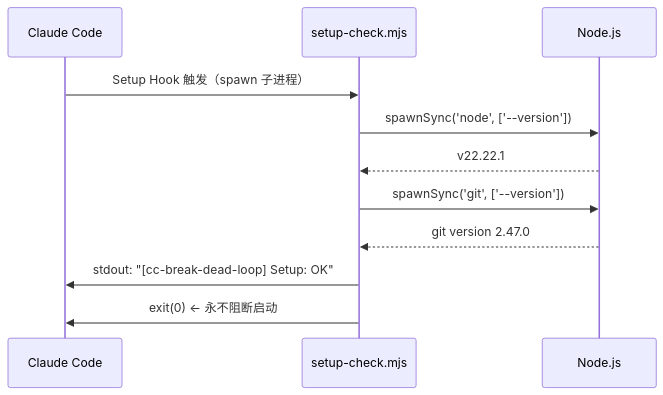
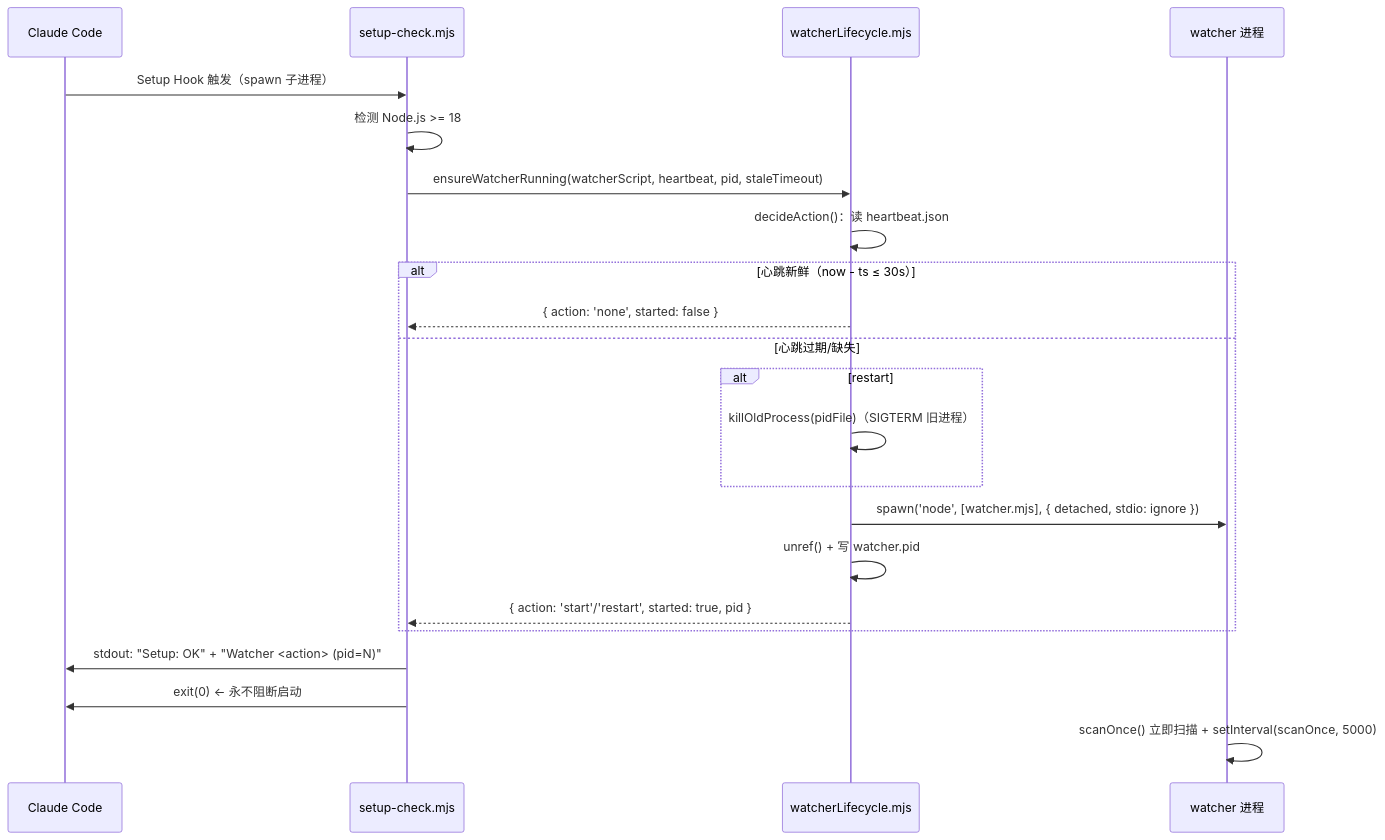
One commit to Lionad-Morotar/cc-break-dead-loop changed the first of 9 diagrams in docs/3. Workflow Overview.md. Above: the diagram before and after it, drawn with Mermaid. The commit also changed other lines of this file and 15 other files, not shown here.

````diff
--- a/docs/3. Workflow Overview.md
+++ b/docs/3. Workflow Overview.md
@@ -7,14 +9,25 @@
 ```mermaid
 sequenceDiagram
   participant CC as Claude Code
   participant SC as setup-check.mjs
-  participant Node as Node.js
+  participant WL as watcherLifecycle.mjs
+  participant W as watcher 进程
 
   CC->>SC: Setup Hook 触发（spawn 子进程）
-  SC->>Node: spawnSync('node', ['--version'])
-  Node-->>SC: v22.22.1
-  SC->>Node: spawnSync('git', ['--version'])
-  Node-->>SC: git version 2.47.0
-  SC->>CC: stdout: "[cc-break-dead-loop] Setup: OK"
+  SC->>SC: 检测 Node.js >= 18
+  SC->>WL: ensureWatcherRunning(watcherScript, heartbeat, pid, staleTimeout)
+  WL->>WL: decideAction()：读 heartbeat.json
+  alt 心跳新鲜（now - ts ≤ 30s）
+    WL-->>SC: { action: 'none', started: false }
+  else 心跳过期/缺失
+    alt restart
+      WL->>WL: killOldProcess(pidFile)（SIGTERM 旧进程）
+    end
+    WL->>W: spawn('node', [watcher.mjs], { detached, stdio: ignore })
+    WL->>WL: unref() + 写 watcher.pid
+    WL-->>SC: { action: 'start'/'restart', started: true, pid }
+  end
+  SC->>CC: stdout: "Setup: OK" + "Watcher <action> (pid=N)"
   SC->>CC: exit(0) ← 永不阻断启动
+  W->>W: scanOnce() 立即扫描 + setInterval(scanOnce, 5000)
 ```
````
